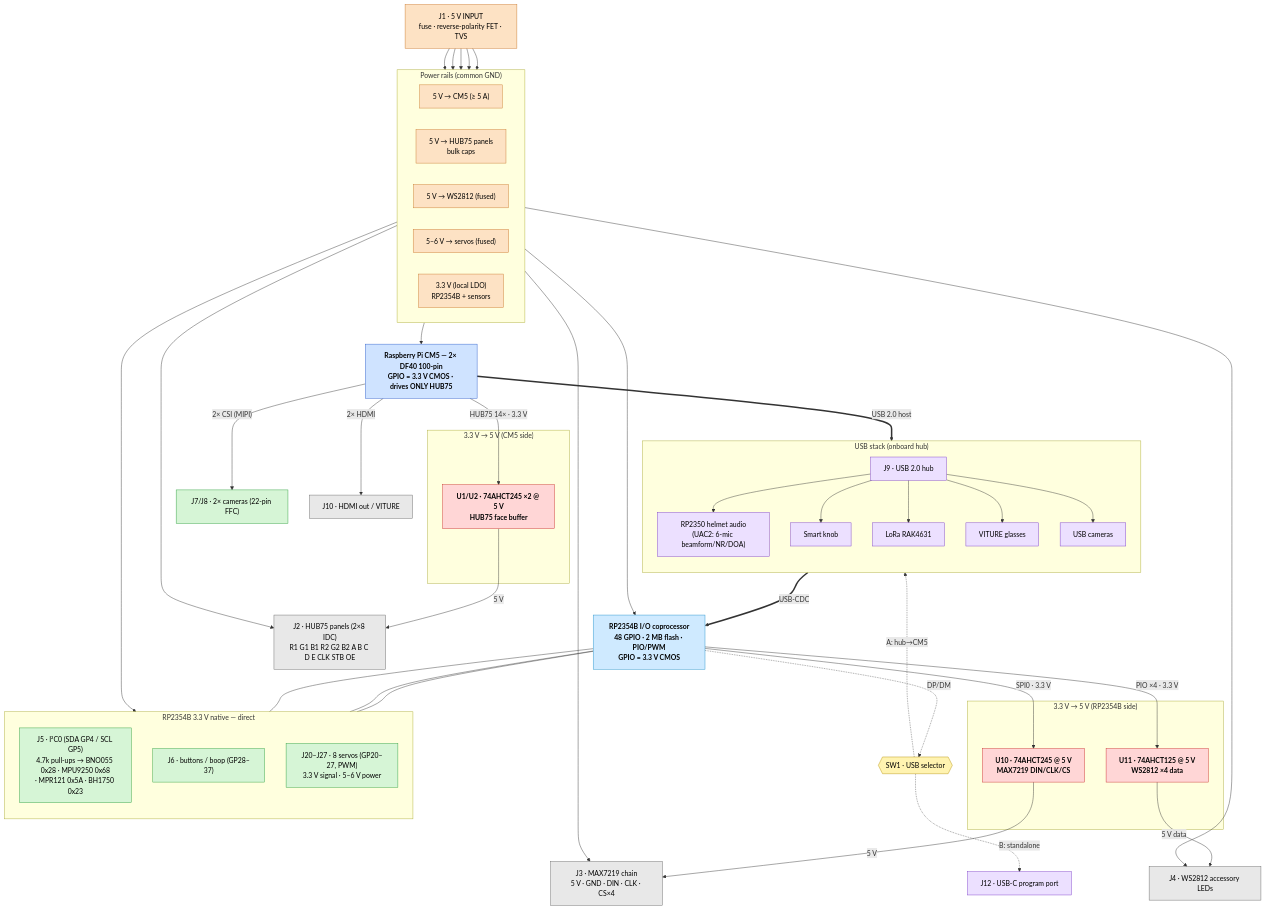
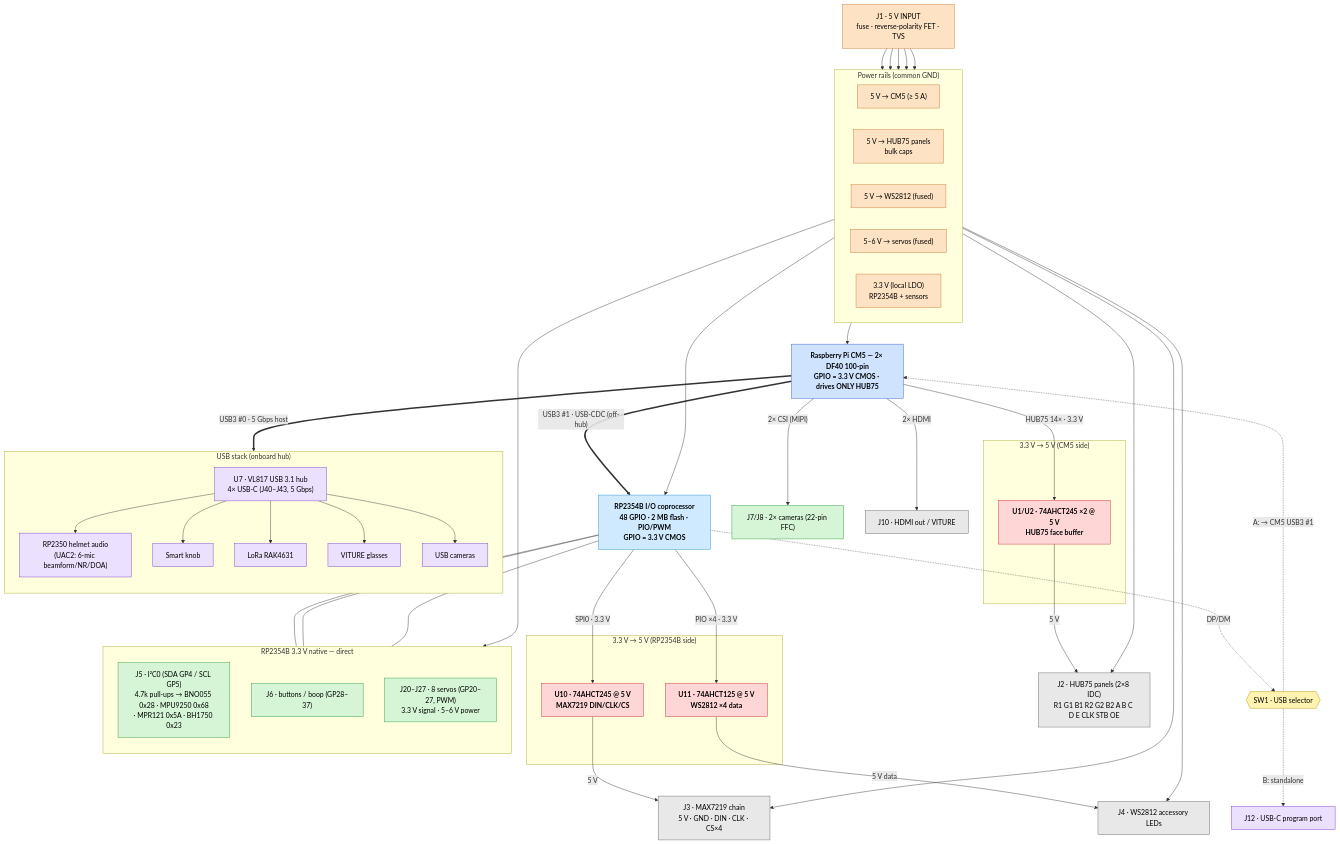
The diagram in hardware/carrier-board/BLOCK-DIAGRAM.md (brooksthemaker/ProtoHUD), drawn with Mermaid before and after one commit. The commit also changed other lines of this file and 21 other files, not shown here.

First line of the commit message:
hardware(carrier): replace USB 2.0 hub with VL817 USB 3.1 4-port hub

```diff
--- a/hardware/carrier-board/BLOCK-DIAGRAM.md
+++ b/hardware/carrier-board/BLOCK-DIAGRAM.md
@@ -37,8 +37,8 @@
 
     %% ===================== RP2354B brain =====================
     RP["RP2354B I/O coprocessor<br/>48 GPIO · 2 MB flash · PIO/PWM<br/>GPIO = 3.3 V CMOS"]:::rp
-    CM5 == "USB 2.0 host" ==> HUBIC
-    HUBIC == "USB-CDC" ==> RP
+    CM5 == "USB3 #0 · 5 Gbps host" ==> HUBIC
+    CM5 == "USB3 #1 · USB-CDC (off-hub)" ==> RP
 
     subgraph SHIFT2["3.3 V → 5 V (RP2354B side)"]
         MBUF["U10 · 74AHCT245 @ 5 V<br/>MAX7219 DIN/CLK/CS"]:::shift
@@ -66,7 +66,7 @@
     %% ---- RP2354B programming ----
     USEL{{"SW1 · USB selector"}}:::sel
     RP -. "DP/DM" .-> USEL
-    USEL -. "A: hub→CM5" .-> HUBIC
+    USEL -. "A: → CM5 USB3 #1" .-> CM5
     USEL -. "B: standalone" .-> UPROG["J12 · USB-C program port"]:::usb
 
     %% ---- CM5 cameras / display / USB stack ----
@@ -75,7 +75,7 @@
 
     subgraph USB["USB stack (onboard hub)"]
         direction TB
-        HUBIC["J9 · USB 2.0 hub"]:::usb
+        HUBIC["U7 · VL817 USB 3.1 hub<br/>4× USB-C (J40–J43, 5 Gbps)"]:::usb
         RP2350["RP2350 helmet audio<br/>(UAC2: 6-mic beamform/NR/DOA)"]:::usb
         KNOB["Smart knob"]:::usb
         LORA["LoRa RAK4631"]:::usb
```
